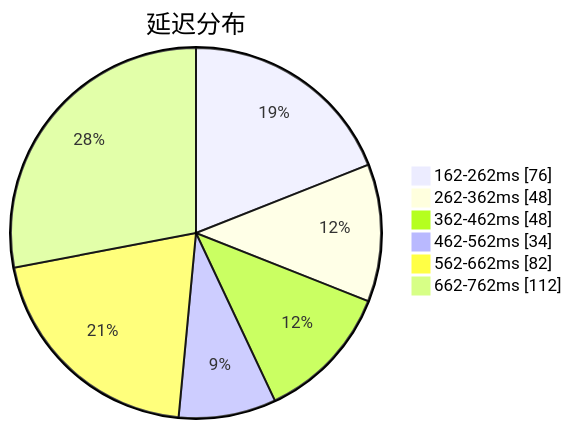
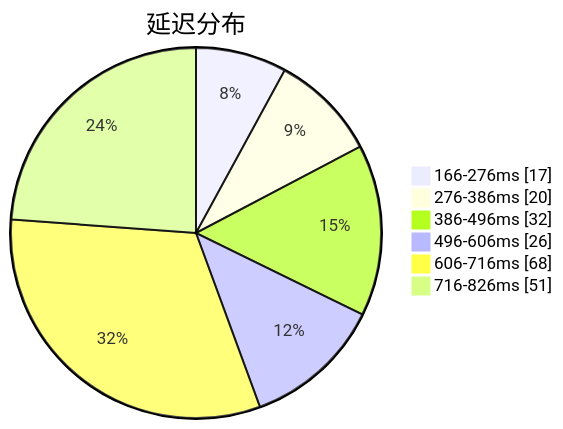
Before and after one commit to qjlxg/airport: the first of 3 diagrams in subs/statistics/tested_within.md, drawn with Mermaid. The commit also changed other lines of this file and 2 other files, not shown here.

````diff
--- a/subs/statistics/tested_within.md
+++ b/subs/statistics/tested_within.md
@@ -2,10 +2,10 @@
 ```mermaid
 pie showData
 title 延迟分布
-"162-262ms" : 76
-"262-362ms" : 48
-"362-462ms" : 48
-"462-562ms" : 34
-"562-662ms" : 82
-"662-762ms" : 112
+"166-276ms" : 17
+"276-386ms" : 20
+"386-496ms" : 32
+"496-606ms" : 26
+"606-716ms" : 68
+"716-826ms" : 51
 ```
````
